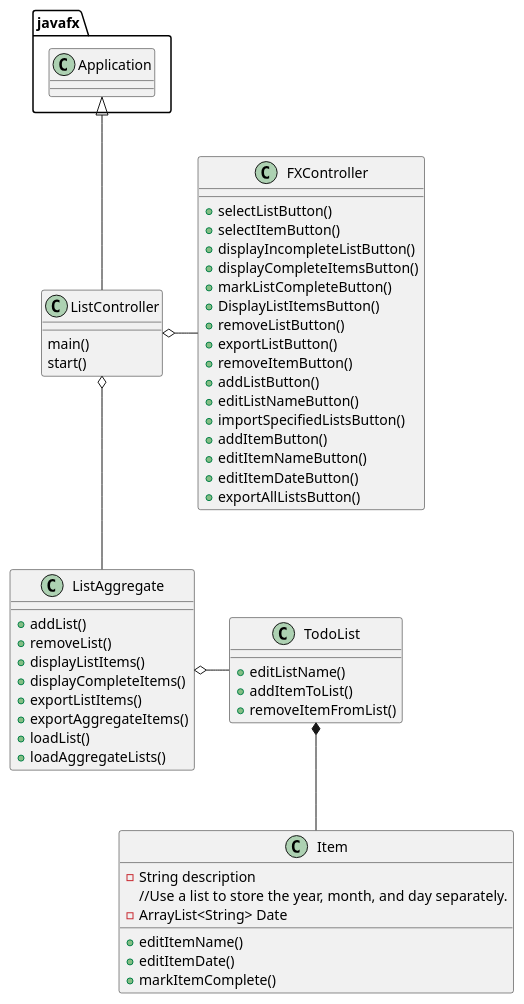
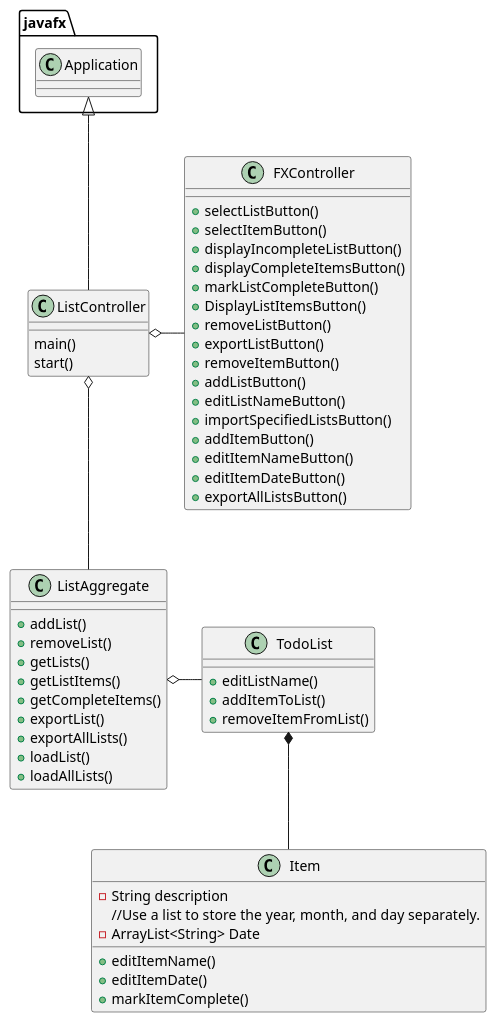
The diagram in uml/ClassDiagram.puml (ZacharyN89/nowicki-cop3330-assignment4part2), drawn with PlantUML before and after one commit. The commit also changed 1 other file, not shown here.

Commit message:
ListAggregate

```diff
--- a/uml/ClassDiagram.puml
+++ b/uml/ClassDiagram.puml
@@ -1,64 +1,64 @@
 @startuml
 'https://plantuml.com/class-diagram
 
 class ListController{
     main()
     start()
 }
 
 class FXController{
     +selectListButton()
     +selectItemButton()
     +displayIncompleteListButton()
     +displayCompleteItemsButton()
     +markListCompleteButton()
     +DisplayListItemsButton()
     +removeListButton()
     +exportListButton()
     +removeItemButton()
     +addListButton()
     +editListNameButton()
     +importSpecifiedListsButton()
     +addItemButton()
     +editItemNameButton()
     +editItemDateButton()
     +exportAllListsButton()
 }
 
 class ListAggregate{
     +addList()
     +removeList()
-    +displayListItems()
-    +displayCompleteItems()
-    +exportListItems()
-    +exportAggregateItems()
+    +getLists()
+    +getListItems()
+    +getCompleteItems()
+    +exportList()
+    +exportAllLists()
     +loadList()
-    +loadAggregateLists()
+    +loadAllLists()
 }
 
 class TodoList{
     +editListName()
     +addItemToList()
     +removeItemFromList()
-
 }
 
 class Item{
     -String description
     //Use a list to store the year, month, and day separately.
     -ArrayList<String> Date
 
     +editItemName()
     +editItemDate()
     +markItemComplete()
 }
 
 
 
 
 javafx.Application <|-- ListController
 ListController o-- ListAggregate
 ListController o- FXController
 TodoList *-- Item
 ListAggregate o- TodoList
 @enduml
```
